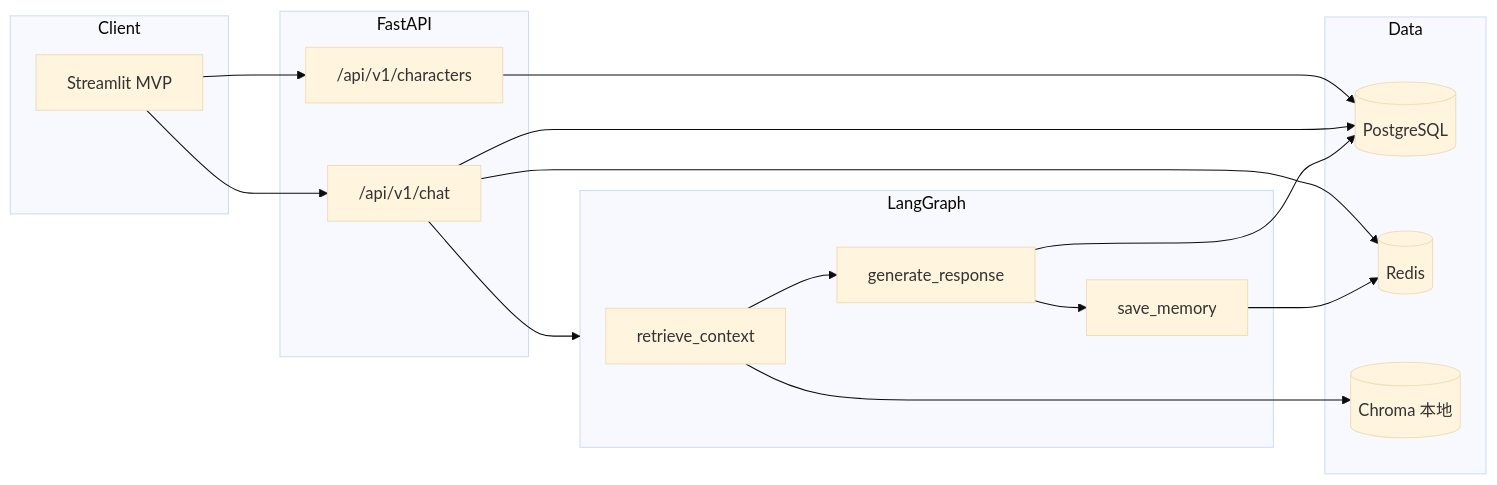
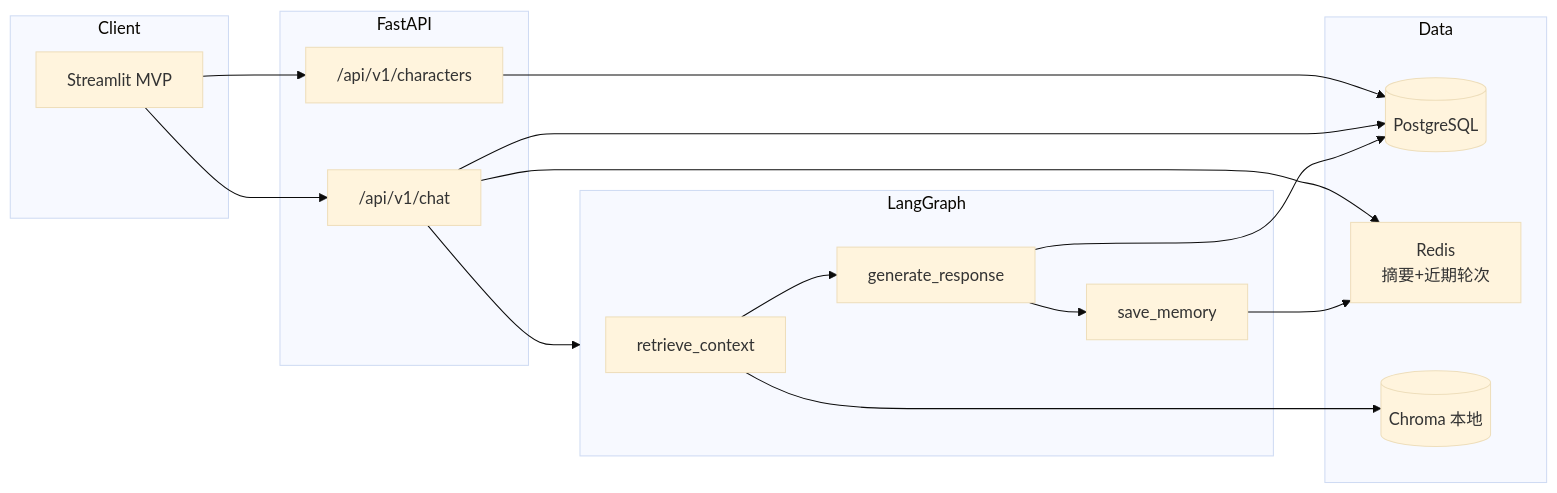
One commit to xmaaaa/xianxia-agent changed the diagram in README.md. Above: the diagram before and after it, drawn with Mermaid (base theme). The commit also changed other lines of this file and 19 other files, not shown here.

````diff
--- a/README.md
+++ b/README.md
@@ -9,30 +9,30 @@
 ```mermaid
 flowchart LR
   subgraph client [Client]
     ST[Streamlit MVP]
   end
   subgraph api [FastAPI]
     CR["/api/v1/characters"]
     CH["/api/v1/chat"]
   end
   subgraph agent [LangGraph]
     R[retrieve_context]
     G[generate_response]
     S[save_memory]
     R --> G --> S
   end
   subgraph data [Data]
     PG[(PostgreSQL)]
-    RD[(Redis)]
+    RD["Redis<br/>摘要+近期轮次"]
     CHM[(Chroma 本地)]
   end
   ST --> CR
   ST --> CH
   CH --> agent
   CR --> PG
   CH --> RD
   CH --> PG
   R --> CHM
   G --> PG
   S --> RD
 ```
````
